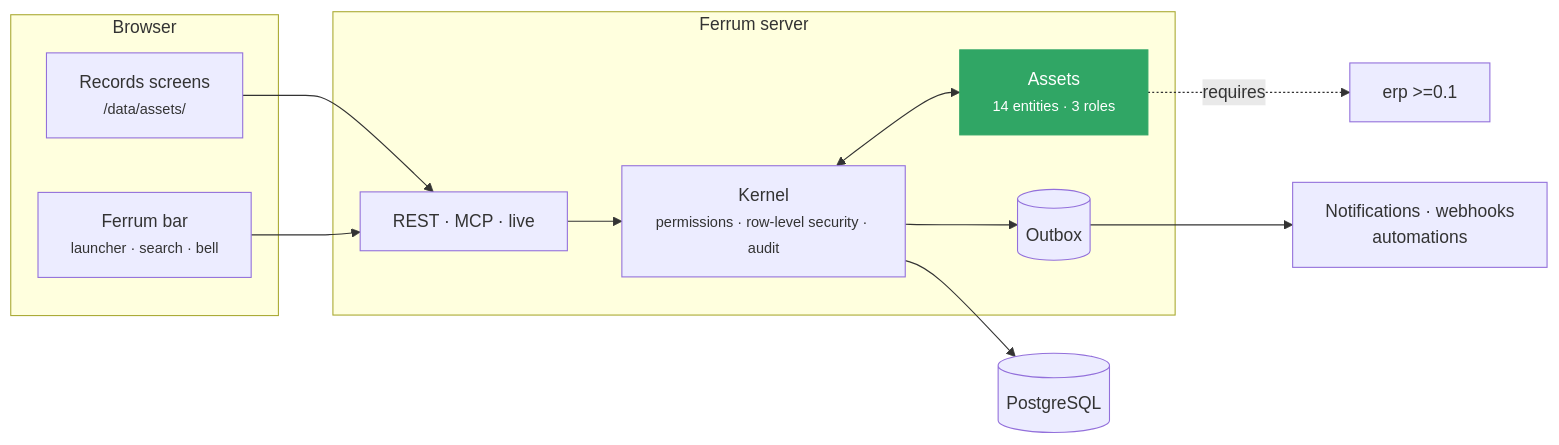
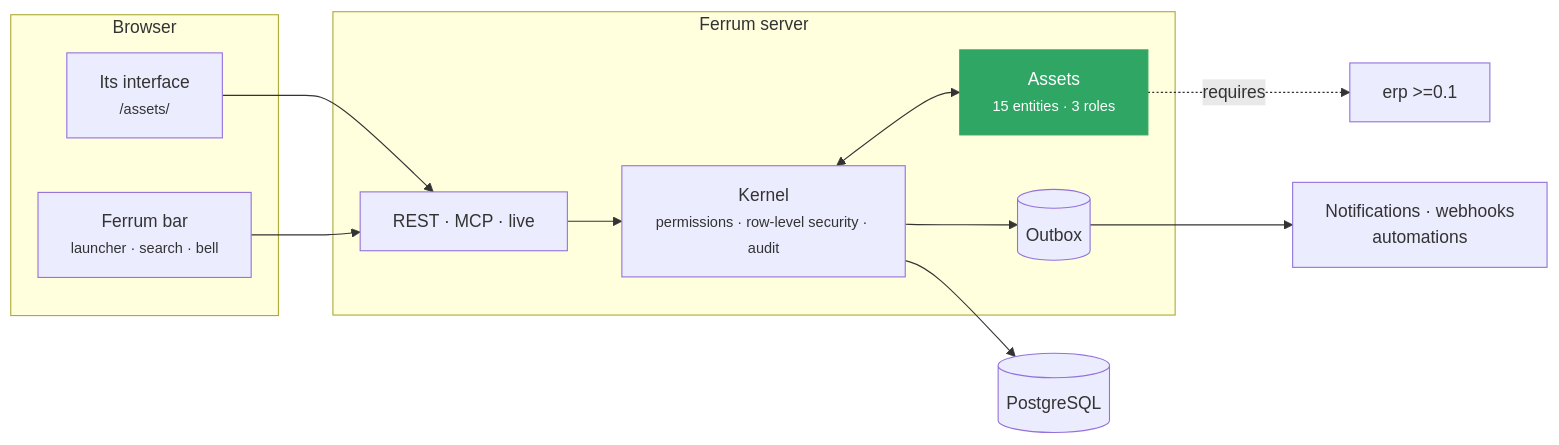
Before and after one commit to CBFerrum/ferrum-app-assets: the second of 3 diagrams in README.md, drawn with Mermaid. The commit also changed other lines of this file, not shown here.

Commit message:
README: the interface, and what verification and return dates add

````diff
--- a/README.md
+++ b/README.md
@@ -114,21 +130,21 @@
 ```mermaid
 flowchart LR
     subgraph Browser
-        UI["Records screens<br/><small>/data/assets/</small>"]
+        UI["Its interface<br/><small>/assets/</small>"]
         BAR["Ferrum bar<br/><small>launcher · search · bell</small>"]
     end
     subgraph Server["Ferrum server"]
         API["REST · MCP · live"]
         K["Kernel<br/><small>permissions · row-level security · audit</small>"]
-        APP["Assets<br/><small>14 entities · 3 roles</small>"]
+        APP["Assets<br/><small>15 entities · 3 roles</small>"]
         OB[("Outbox")]
     end
     DB[("PostgreSQL")]
     UI --> API --> K --> DB
     BAR --> API
     K <--> APP
     K --> OB --> EV["Notifications · webhooks<br/>automations"]
     APP -. requires .-> D0["erp >=0.1"]
     classDef app fill:#30a665,color:#fff,stroke:#30a665
     class APP app
 ```
````
